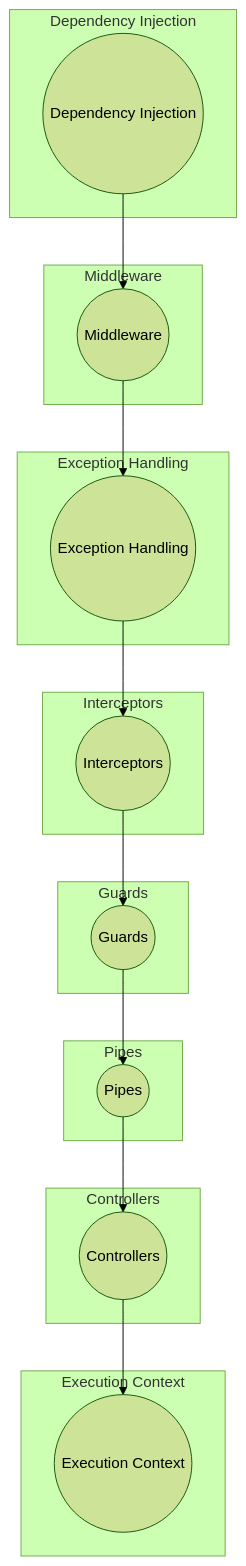
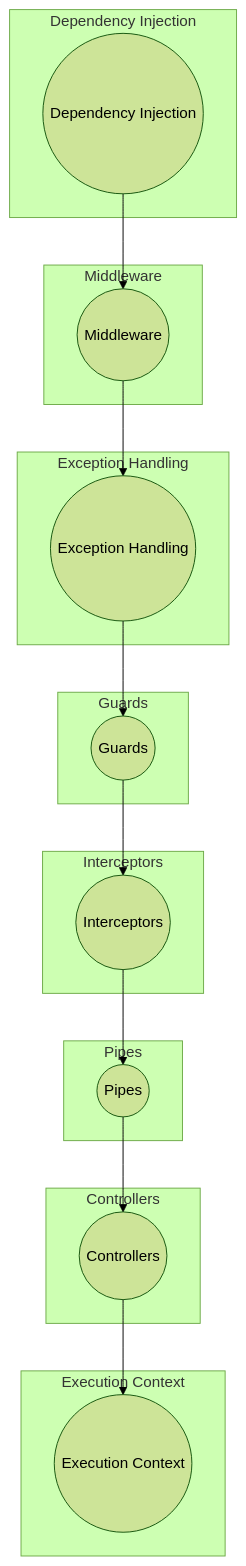
One commit to Chicken-Town-Nest-Workshop/website changed the second of 2 diagrams in docs/nest/about.md. Above: the diagram before and after it, drawn with Mermaid (forest theme). The commit also changed 2 other files, not shown here.

Commit message:
fix: lifecycle

````diff
--- a/docs/nest/about.md
+++ b/docs/nest/about.md
@@ -143,43 +143,43 @@
 ```mermaid
 graph TB
 
 subgraph Dependency Injection
     nest-di((Dependency Injection))
 end
 
 subgraph Middleware
     nest-middleware((Middleware))
 end
 
 subgraph Exception Handling
     nest-exception((Exception Handling))
 end
 
 subgraph Interceptors
     nest-interceptor((Interceptors))
 end
 
 subgraph Guards
     nest-guard((Guards))
 end
 
 subgraph Pipes
     nest-pipe((Pipes))
 end
 
 subgraph Controllers
     nest-controller((Controllers))
 end
 
 subgraph Execution Context
     nest-context((Execution Context))
 end
 
 nest-di --> nest-middleware
 nest-middleware --> nest-exception
-nest-exception --> nest-interceptor
-nest-interceptor --> nest-guard
-nest-guard --> nest-pipe
+nest-exception --> nest-guard
+nest-guard --> nest-interceptor
+nest-interceptor --> nest-pipe
 nest-pipe --> nest-controller
 nest-controller --> nest-context
 ```
````
